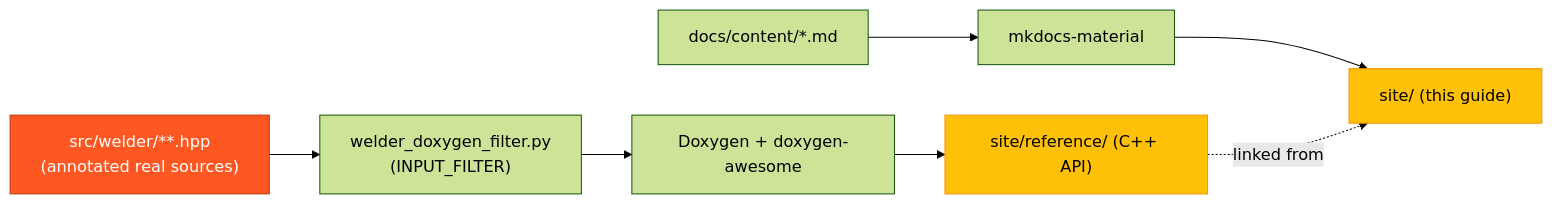
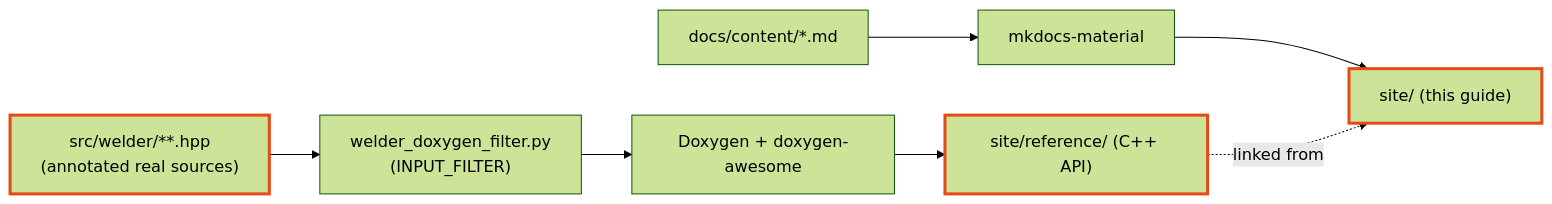
One commit to skarndev/welder changed the second of 2 diagrams in docs/content/architecture.md. Above: the diagram before and after it, drawn with Mermaid (forest theme). The commit also changed other lines of this file and 6 other files, not shown here.

First line of the commit message:
docs: serve the C++ reference (no 404) and fix dark-theme diagram contrast

````diff
--- a/docs/content/architecture.md
+++ b/docs/content/architecture.md
@@ -86,12 +85,12 @@
 ```mermaid
 flowchart LR
     SRC["src/welder/**.hpp<br/>(annotated real sources)"] --> F["welder_doxygen_filter.py<br/>(INPUT_FILTER)"]
     F --> DOX["Doxygen + doxygen-awesome"]
     DOX --> REF["site/reference/ (C++ API)"]
     MD["docs/content/*.md"] --> MK["mkdocs-material"]
     MK --> SITE["site/ (this guide)"]
     REF -.linked from.-> SITE
-    style SRC fill:#ff5722,stroke:#bf360c,color:#fff
-    style SITE fill:#ffc107,stroke:#ff8f00,color:#000
-    style REF fill:#ffc107,stroke:#ff8f00,color:#000
+    style SRC stroke:#e64a19,stroke-width:3px
+    style SITE stroke:#e64a19,stroke-width:3px
+    style REF stroke:#e64a19,stroke-width:3px
 ```
````
